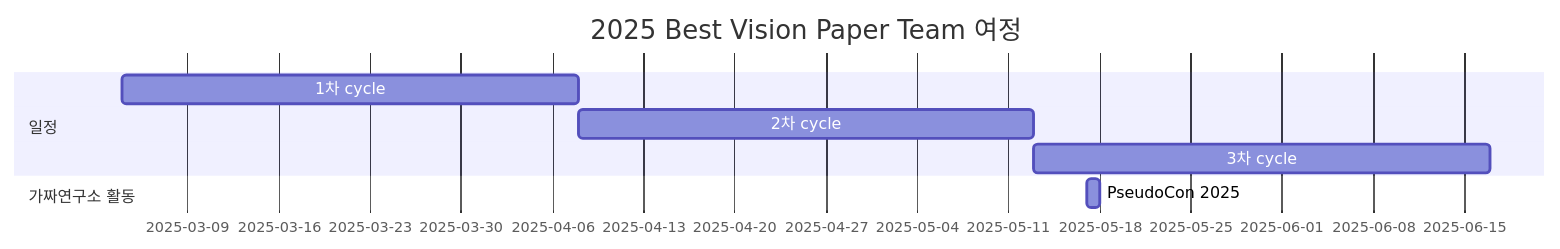
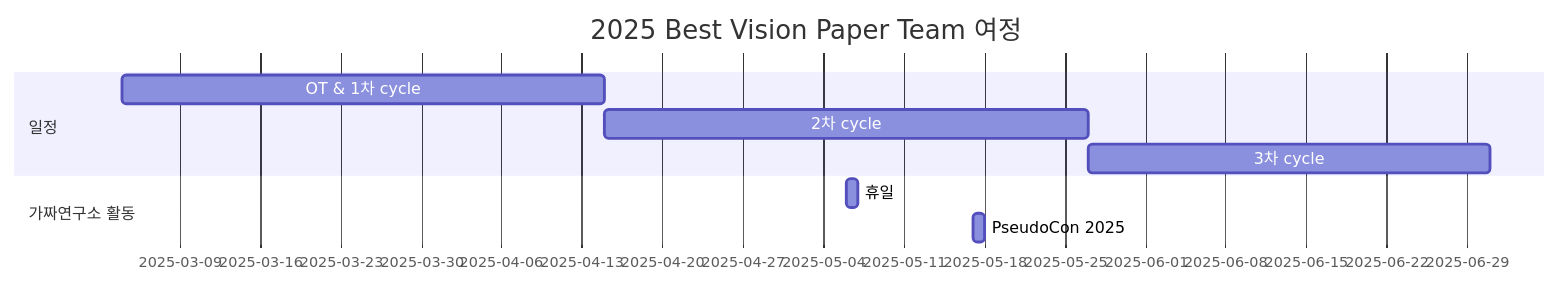
One commit to Pseudo-Lab/Best_Vision_Paper changed the diagram in README.md. Above: the diagram before and after it, drawn with Mermaid. The commit also changed other lines of this file, not shown here.

````diff
--- a/README.md
+++ b/README.md
@@ -67,10 +86,12 @@
 ```mermaid
 gantt
     title 2025 Best Vision Paper Team 여정
-    section 일정
-    1차 cycle       :a1, 2025-03-04, 35d
-    2차 cycle       :a2, after a1, 35d
-    3차 cycle        :a3, after a2, 35d
+    section 일정    
+    OT & 1차 cycle       :a1, 2025-03-04, 42d
+    2차 cycle            :a1, 2025-04-15, 42d
+    3차 cycle            :a1, 2025-05-27, 35d
     section 가짜연구소 활동
-    PseudoCon 2025     :2025-05-17, 1d
+    휴일: holiday, 2025-05-06, 1d
+    PseudoCon 2025     : conference, 2025-05-17, 1d
+    
 ```
````
